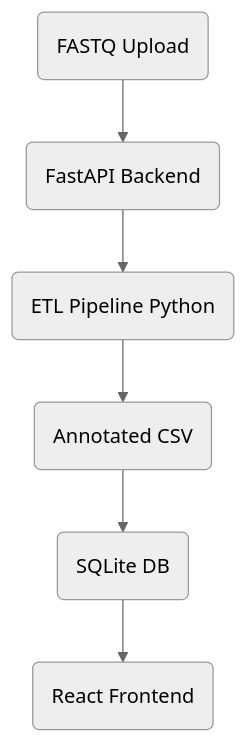
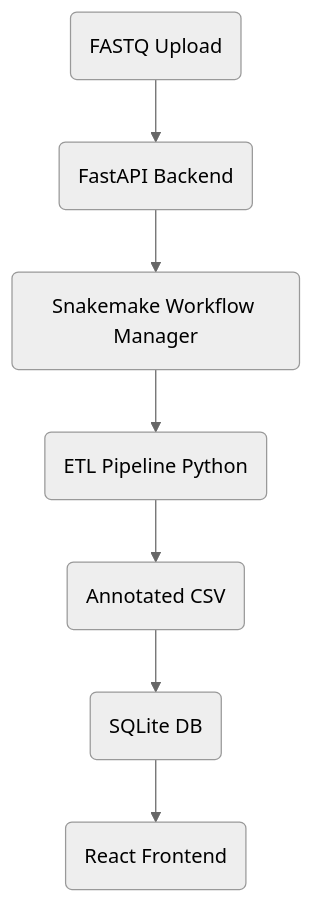
The first of 2 diagrams in README.md (justin-mbca/genomic-etl-app), drawn with Mermaid (neutral theme) before and after one commit. The commit also changed other lines of this file, not shown here.

Commit message:
Update diagrams to include Snakemake workflow manager

````diff
--- a/README.md
+++ b/README.md
@@ -5,8 +5,9 @@
 ```mermaid
 graph TD
-    A(FASTQ Upload) --> B(FastAPI Backend)
-    B --> C(ETL Pipeline Python)
-    C --> D(Annotated CSV)
-    D --> E(SQLite DB)
-    E --> F(React Frontend)
+  A(FASTQ Upload) --> B(FastAPI Backend)
+  B --> S(Snakemake Workflow Manager)
+  S --> C(ETL Pipeline Python)
+  C --> D(Annotated CSV)
+  D --> E(SQLite DB)
+  E --> F(React Frontend)
 ```
````
